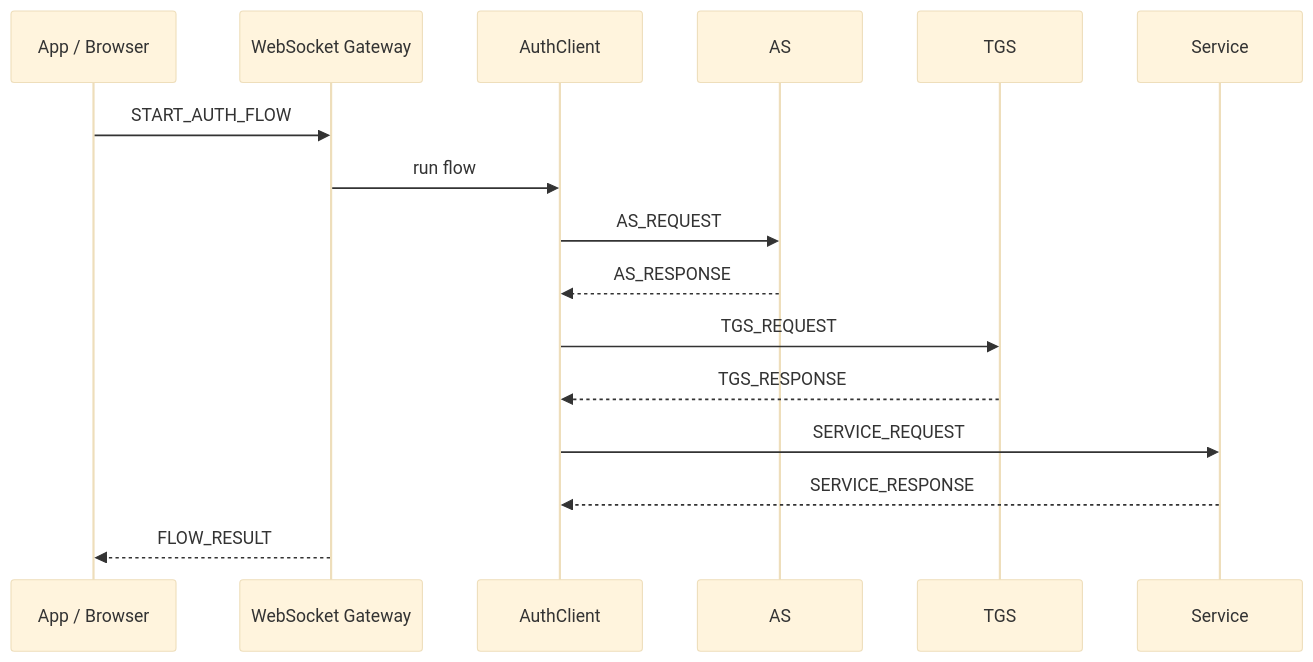
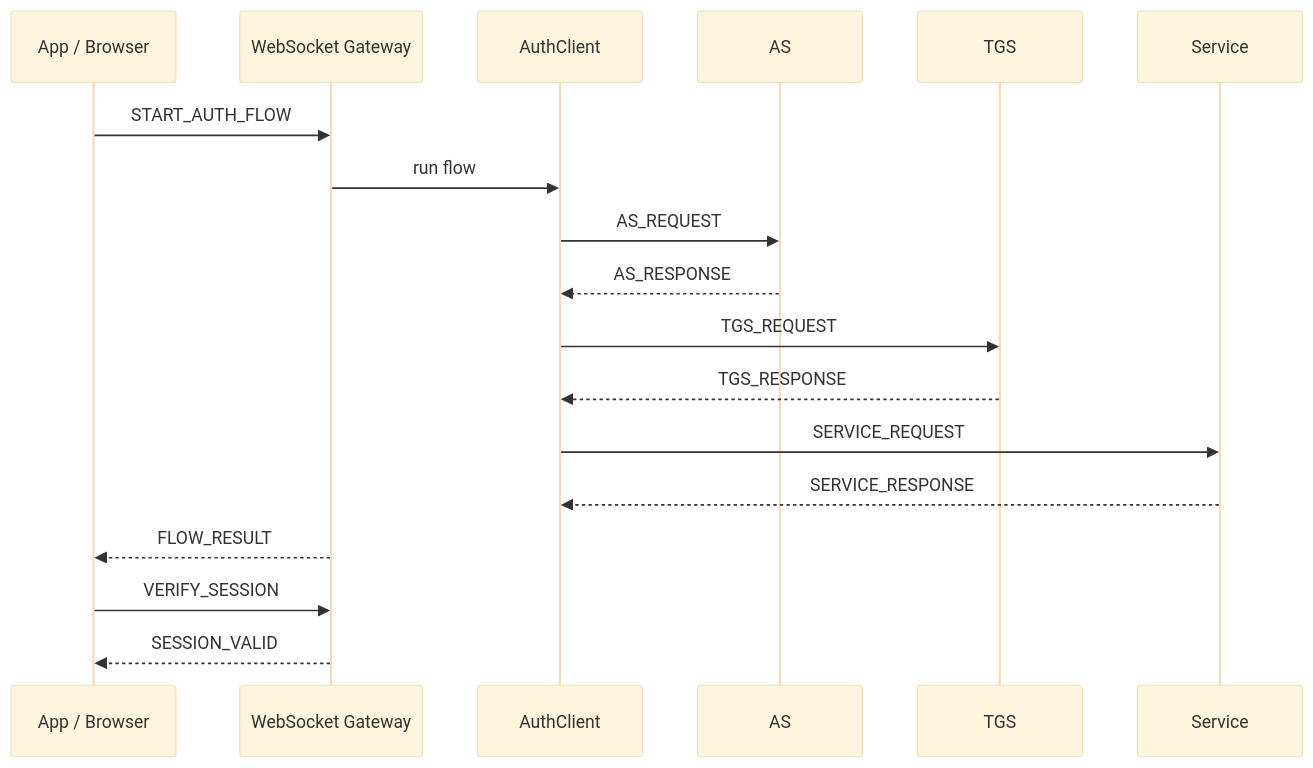
The diagram in PruebaKeberos/README.md (LiamSalazar/Kerberos), drawn with Mermaid (base theme) before and after one commit. The commit also changed other lines of this file and 422 other files, not shown here.

````diff
--- a/PruebaKeberos/README.md
+++ b/PruebaKeberos/README.md
@@ -41,19 +42,21 @@
 ```mermaid
 sequenceDiagram
     participant App as App / Browser
     participant GW as WebSocket Gateway
     participant C as AuthClient
     participant AS as AS
     participant TGS as TGS
     participant S as Service
 
     App->>GW: START_AUTH_FLOW
     GW->>C: run flow
     C->>AS: AS_REQUEST
     AS-->>C: AS_RESPONSE
     C->>TGS: TGS_REQUEST
     TGS-->>C: TGS_RESPONSE
     C->>S: SERVICE_REQUEST
     S-->>C: SERVICE_RESPONSE
     GW-->>App: FLOW_RESULT
+    App->>GW: VERIFY_SESSION
+    GW-->>App: SESSION_VALID
 ```
````
